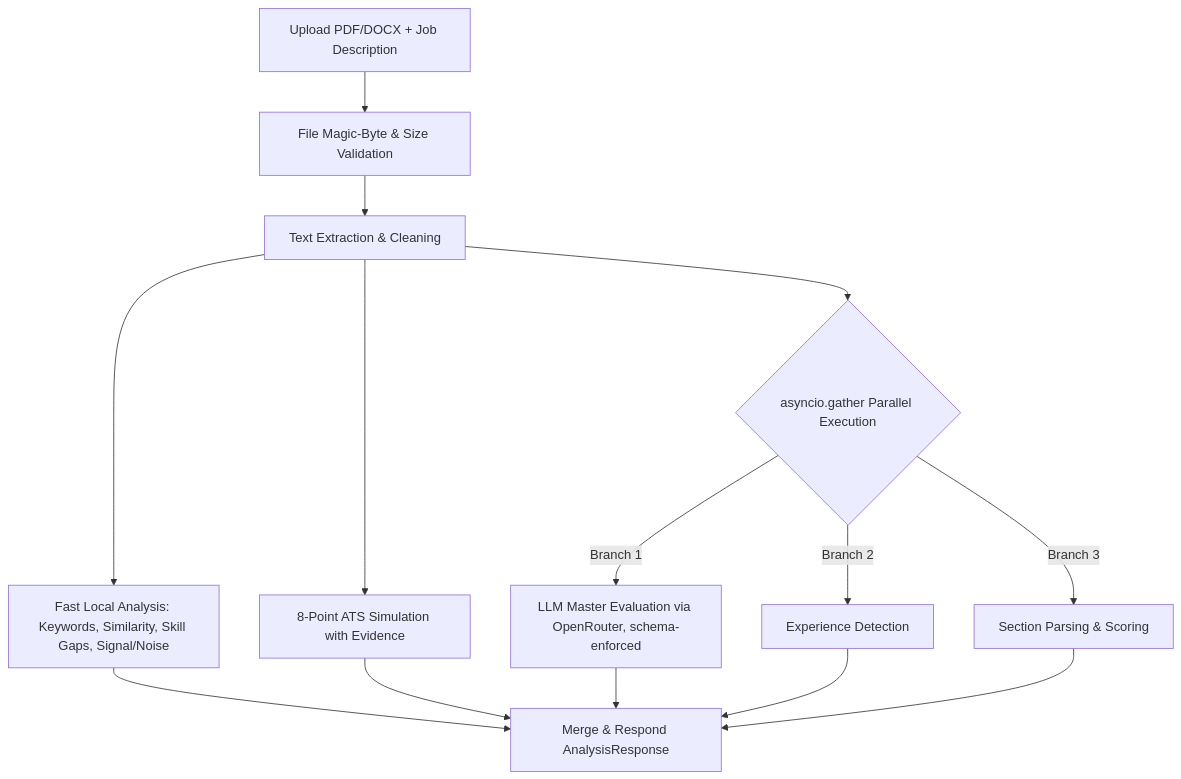
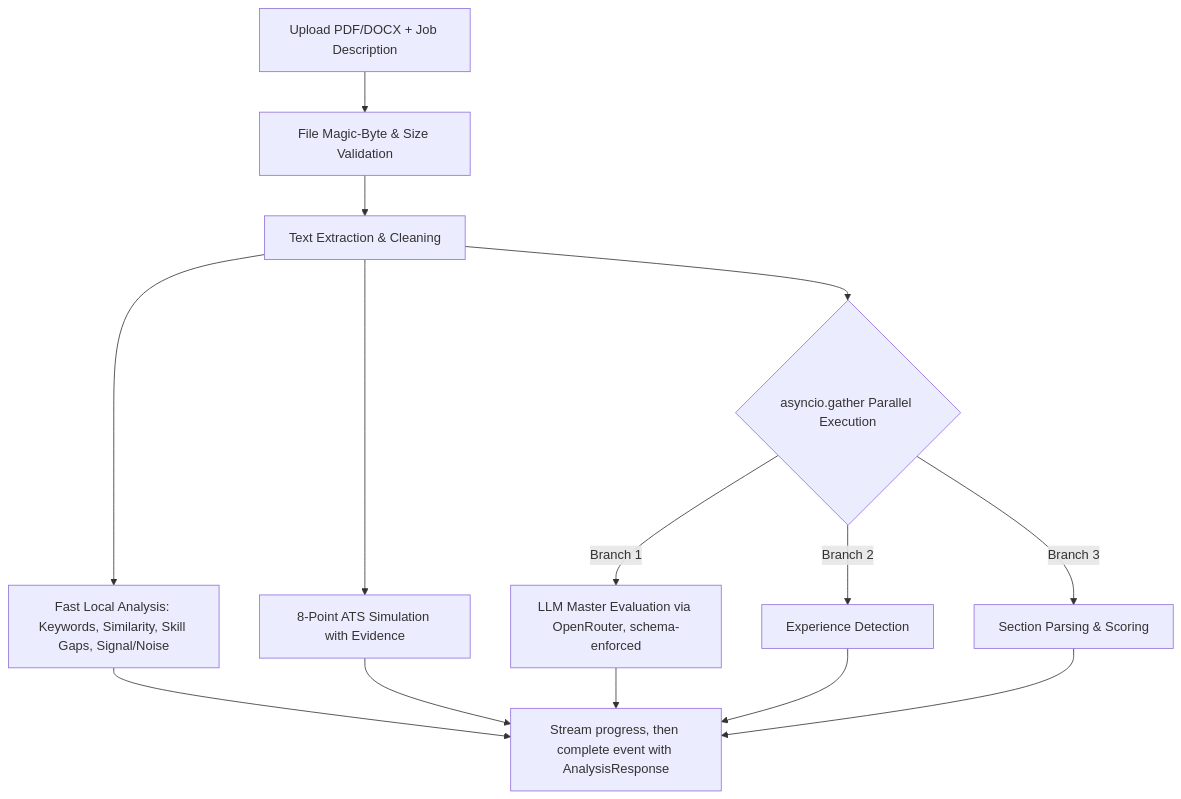
The diagram in README.md (Ayush0915/CareerIQ), drawn with Mermaid before and after one commit. The commit also changed other lines of this file and 2 other files, not shown here.

````diff
--- a/README.md
+++ b/README.md
@@ -42,16 +43,16 @@
 ```mermaid
 flowchart TD
     A[Upload PDF/DOCX + Job Description] --> B[File Magic-Byte & Size Validation]
     B --> C[Text Extraction & Cleaning]
     C --> D[Fast Local Analysis: Keywords, Similarity, Skill Gaps, Signal/Noise]
     C --> E[8-Point ATS Simulation with Evidence]
     C --> F{asyncio.gather Parallel Execution}
     F -->|Branch 1| G[LLM Master Evaluation via OpenRouter, schema-enforced]
     F -->|Branch 2| H[Experience Detection]
     F -->|Branch 3| I[Section Parsing & Scoring]
-    D --> J[Merge & Respond AnalysisResponse]
+    D --> J[Stream progress, then complete event with AnalysisResponse]
     E --> J
     G --> J
     H --> J
     I --> J
 ```
````
